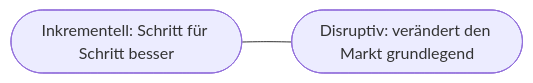
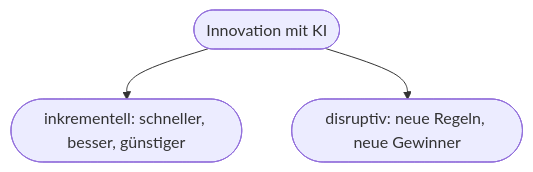
The second of 3 diagrams in docs/content/kapitel6.md (Qualidy/Prompt-Engineering-KI-in-der-Arbeitswelt), drawn with Mermaid before and after one commit. The commit also changed other lines of this file and 80 other files, not shown here.

````diff
--- a/docs/content/kapitel6.md
+++ b/docs/content/kapitel6.md
@@ -30,4 +54,5 @@
 ```mermaid
-flowchart LR
-    A([Inkrementell: Schritt für Schritt besser]) --- B([Disruptiv: verändert den Markt grundlegend])
+flowchart TD
+    A([Innovation mit KI]) --> B([inkrementell: schneller, besser, günstiger])
+    A --> C([disruptiv: neue Regeln, neue Gewinner])
 ```
````
